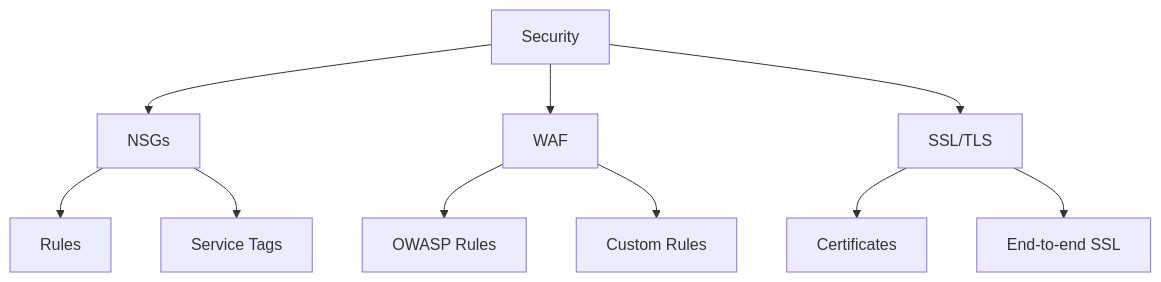
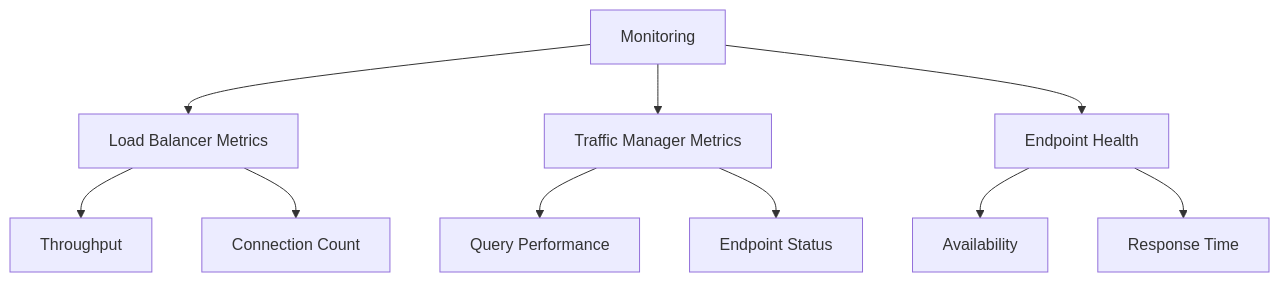
The ninth of 18 diagrams in src/azure/az-104/Load_Balancing.md (saravanakumarrc/Architecture_Journey), drawn with Mermaid before and after one commit. The commit also changed other lines of this file and 6 other files, not shown here.

````diff
--- a/src/azure/az-104/Load_Balancing.md
+++ b/src/azure/az-104/Load_Balancing.md
@@ -134,15 +159,15 @@
 ```mermaid
 graph TB
-    A[Security] --> B[NSGs]
-    A --> C[WAF]
-    A --> D[SSL/TLS]
+    A[Monitoring] --> B[Load Balancer Metrics]
+    A --> C[Traffic Manager Metrics]
+    A --> D[Endpoint Health]
     
-    B --> E[Rules]
-    B --> F[Service Tags]
+    B --> E[Throughput]
+    B --> F[Connection Count]
     
-    C --> G[OWASP Rules]
-    C --> H[Custom Rules]
+    C --> G[Query Performance]
+    C --> H[Endpoint Status]
     
-    D --> I[Certificates]
-    D --> J[End-to-end SSL]
+    D --> I[Availability]
+    D --> J[Response Time]
 ```
````
